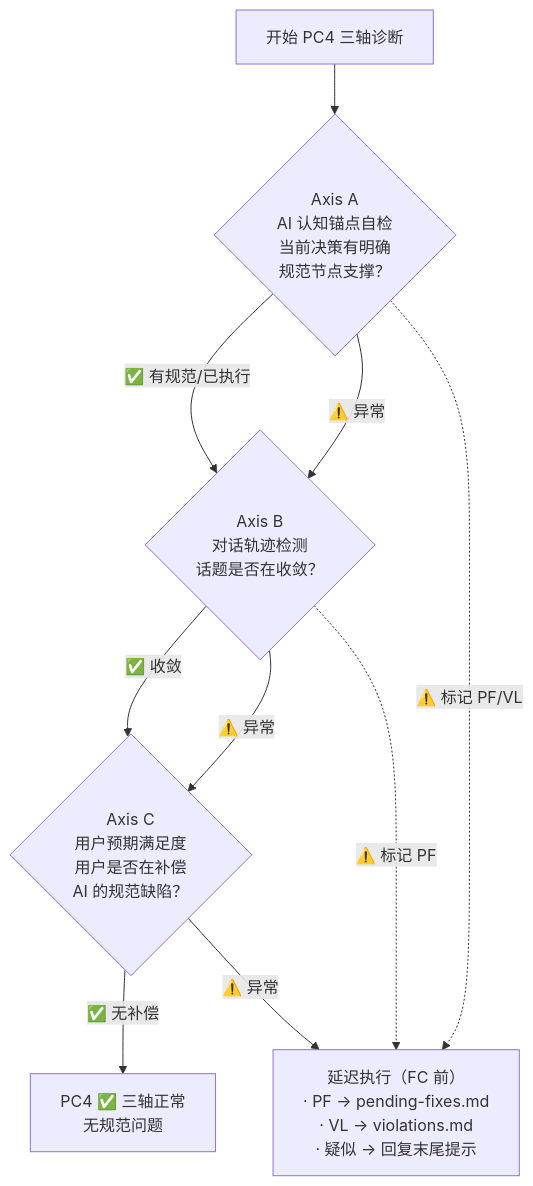
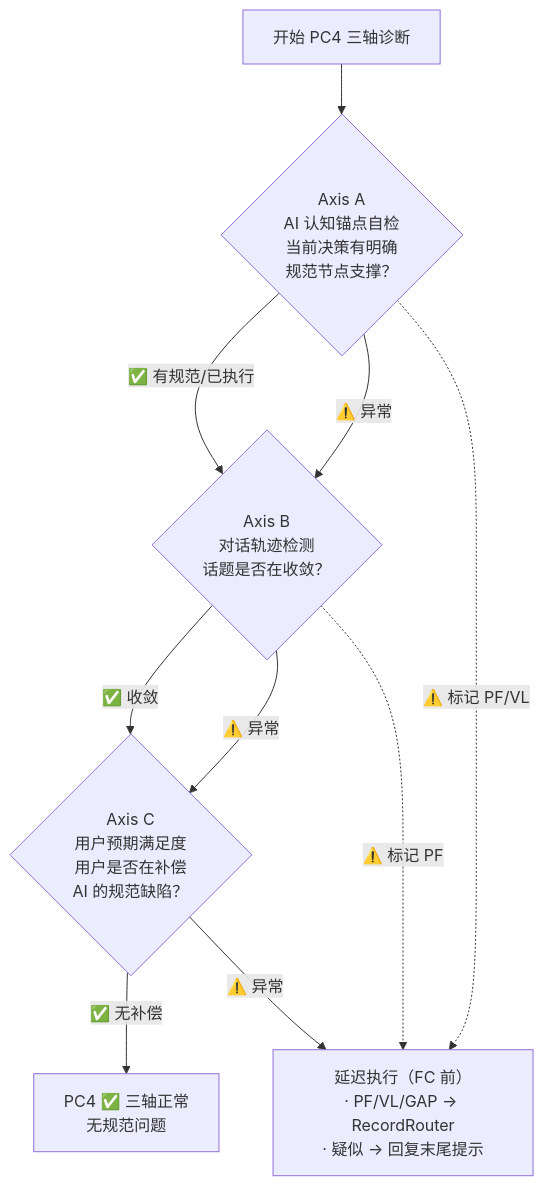
Before and after one commit to devcodex-labs/devcodex: the second of 9 diagrams in website/docs/specs/spec-radar-flow.md, drawn with Mermaid. The commit also changed other lines of this file and 38 other files, not shown here.

````diff
--- a/website/docs/specs/spec-radar-flow.md
+++ b/website/docs/specs/spec-radar-flow.md
@@ -41,24 +52,24 @@
 ```mermaid
 flowchart TD
     ENTRY["开始 PC4 三轴诊断"]
 
     A_Q{"Axis A\nAI 认知锚点自检\n当前决策有明确\n规范节点支撑？"}
     B_Q{"Axis B\n对话轨迹检测\n话题是否在收敛？"}
     C_Q{"Axis C\n用户预期满足度\n用户是否在补偿\nAI 的规范缺陷？"}
 
     OK["PC4 ✅ 三轴正常\n无规范问题"]
-    DEFERRED["延迟执行（FC 前）\n· PF → pending-fixes.md\n· VL → violations.md\n· 疑似 → 回复末尾提示"]
+    DEFERRED["延迟执行（FC 前）\n· PF/VL/GAP → RecordRouter\n· 疑似 → 回复末尾提示"]
 
     ENTRY --> A_Q
     A_Q -->|"✅ 有规范/已执行"| B_Q
     A_Q -->|"⚠️ 异常"| B_Q
 
     B_Q -->|"✅ 收敛"| C_Q
     B_Q -->|"⚠️ 异常"| C_Q
 
     C_Q -->|"✅ 无补偿"| OK
     C_Q -->|"⚠️ 异常"| DEFERRED
 
     A_Q -.->|"⚠️ 标记 PF/VL"| DEFERRED
     B_Q -.->|"⚠️ 标记 PF"| DEFERRED
 ```
````
